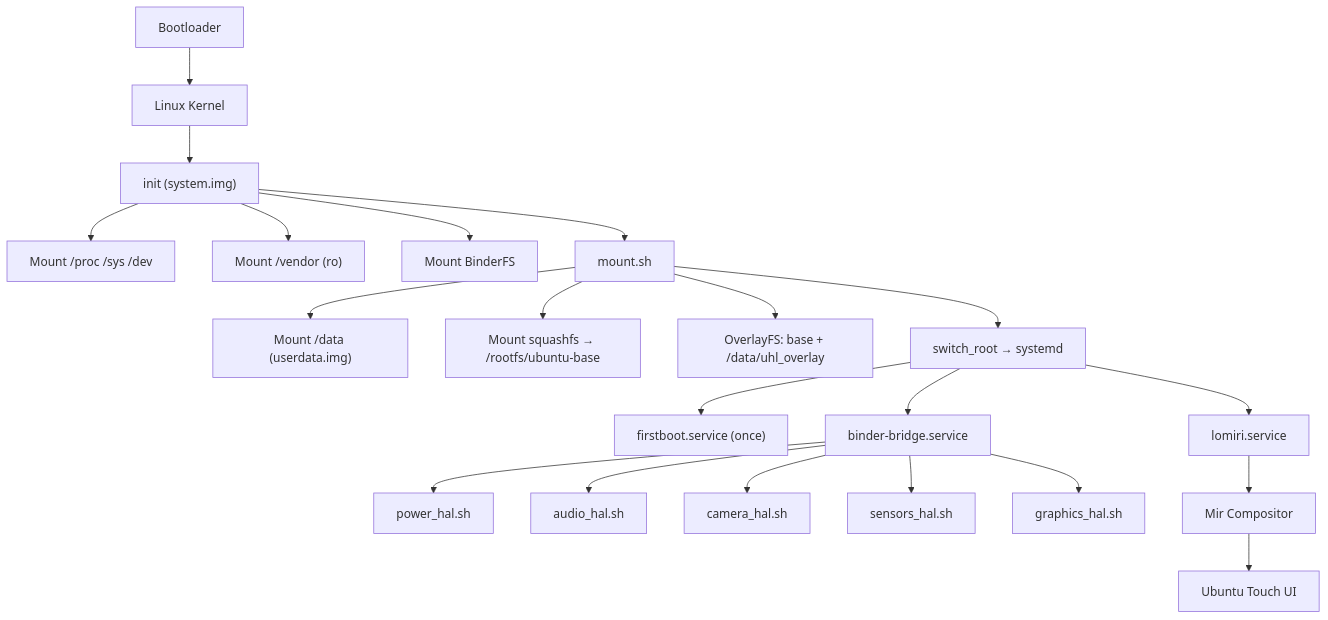
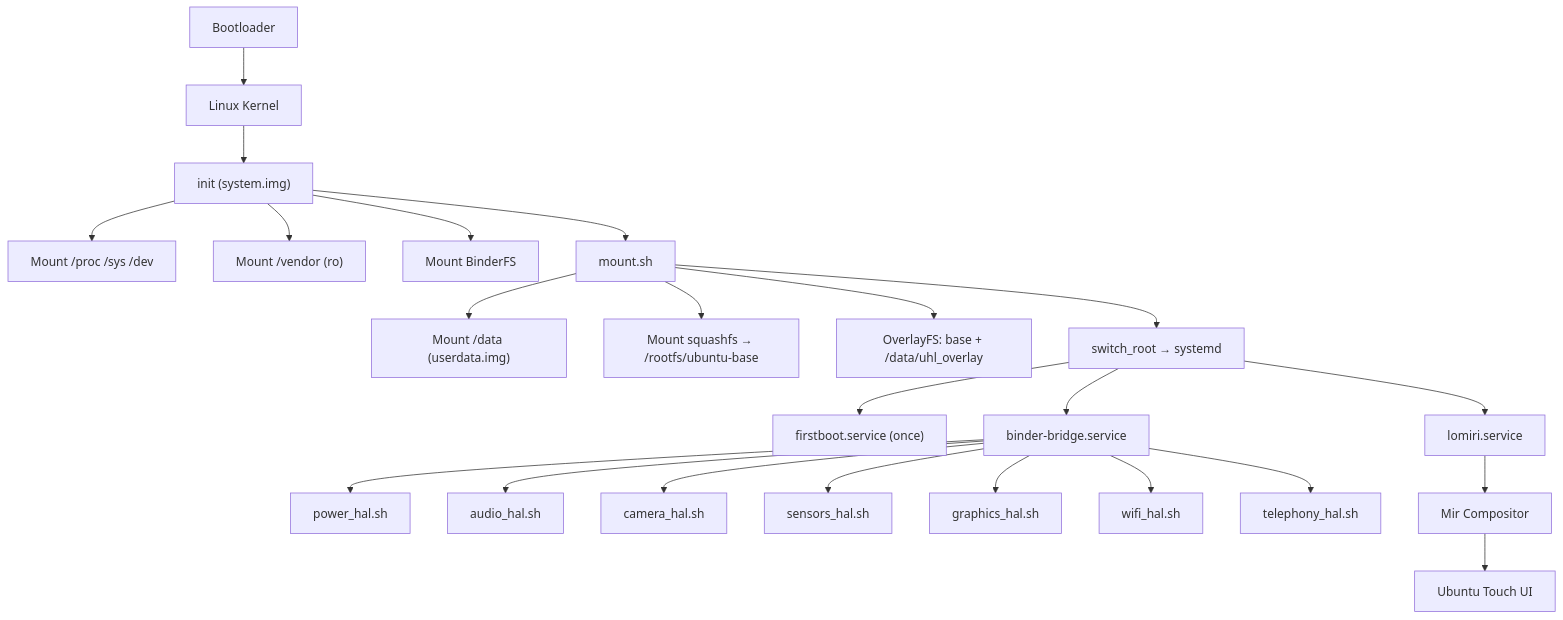
The diagram in docs/architecture.md (zerofrip/Ubuntu_Touch_AIDL_GSI), drawn with Mermaid before and after one commit. The commit also changed other lines of this file and 15 other files, not shown here.

First line of the commit message:
Add WiFi and Telephony HAL support

````diff
--- a/docs/architecture.md
+++ b/docs/architecture.md
@@ -5,23 +5,25 @@
 ```mermaid
 graph TD
     BL[Bootloader] --> K[Linux Kernel]
     K --> INIT["init (system.img)"]
     INIT --> VFS["Mount /proc /sys /dev"]
     INIT --> VENDOR["Mount /vendor (ro)"]
     INIT --> BINDER["Mount BinderFS"]
     INIT --> MOUNT["mount.sh"]
     MOUNT --> USERDATA["Mount /data (userdata.img)"]
     MOUNT --> SQUASHFS["Mount squashfs → /rootfs/ubuntu-base"]
     MOUNT --> OVERLAY["OverlayFS: base + /data/uhl_overlay"]
     MOUNT --> SWITCH["switch_root → systemd"]
     SWITCH --> FIRSTBOOT["firstboot.service (once)"]
     SWITCH --> BINDERD["binder-bridge.service"]
     SWITCH --> LOMIRI["lomiri.service"]
     BINDERD --> POWER["power_hal.sh"]
     BINDERD --> AUDIO["audio_hal.sh"]
     BINDERD --> CAMERA["camera_hal.sh"]
     BINDERD --> SENSORS["sensors_hal.sh"]
     BINDERD --> GRAPHICS["graphics_hal.sh"]
+    BINDERD --> WIFI["wifi_hal.sh"]
+    BINDERD --> TELEPHONY["telephony_hal.sh"]
     LOMIRI --> MIR["Mir Compositor"]
     MIR --> GUI["Ubuntu Touch UI"]
 ```
````
